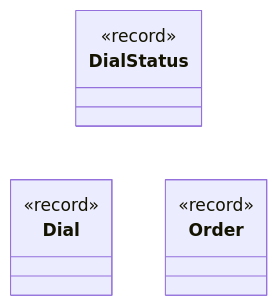
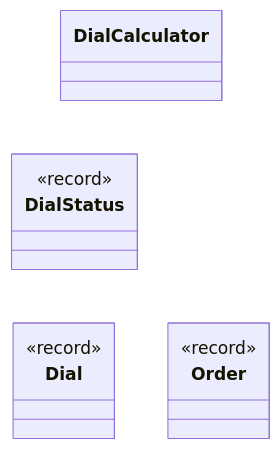
The diagram in UML diagrams/uml_day01.md (lauraheerrera/aoc2025), drawn with Mermaid before and after one commit. The commit also changed 9 other files, not shown here.

````diff
--- a/UML diagrams/uml_day01.md
+++ b/UML diagrams/uml_day01.md
@@ -3,19 +3,24 @@
 ```mermaid
 %%{init: { 'themeVariables': { 'lineColor': '#FFFFFF' } } }%%
 classDiagram
     direction TB
     class Dial {
         <<record>>
     }
 
     class DialStatus {
         <<record>>
     }
 
     class Order {
         <<record>>
     }
 
+    class DialCalculator {
+    }
+
     DialStatus --> Dial
     DialStatus --> Order
+    DialCalculator ..> DialStatus
+    DialCalculator --> Order
 ```
````
